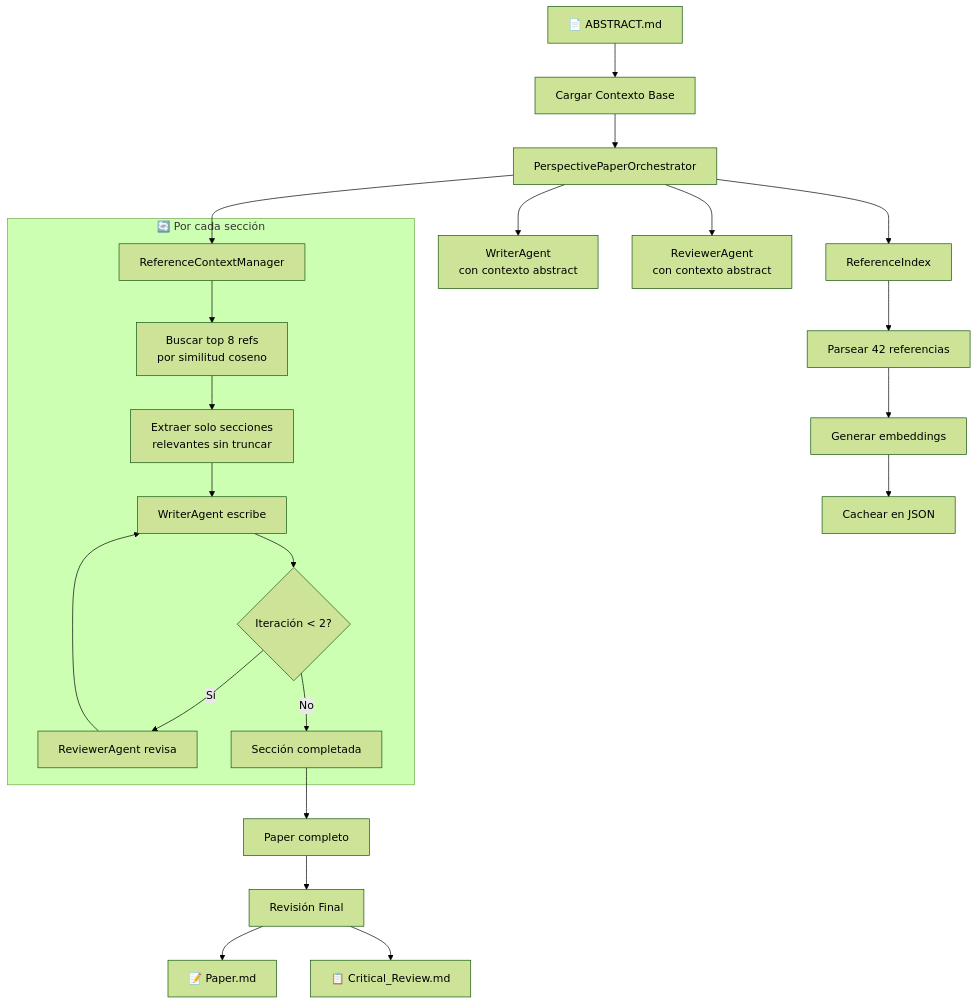
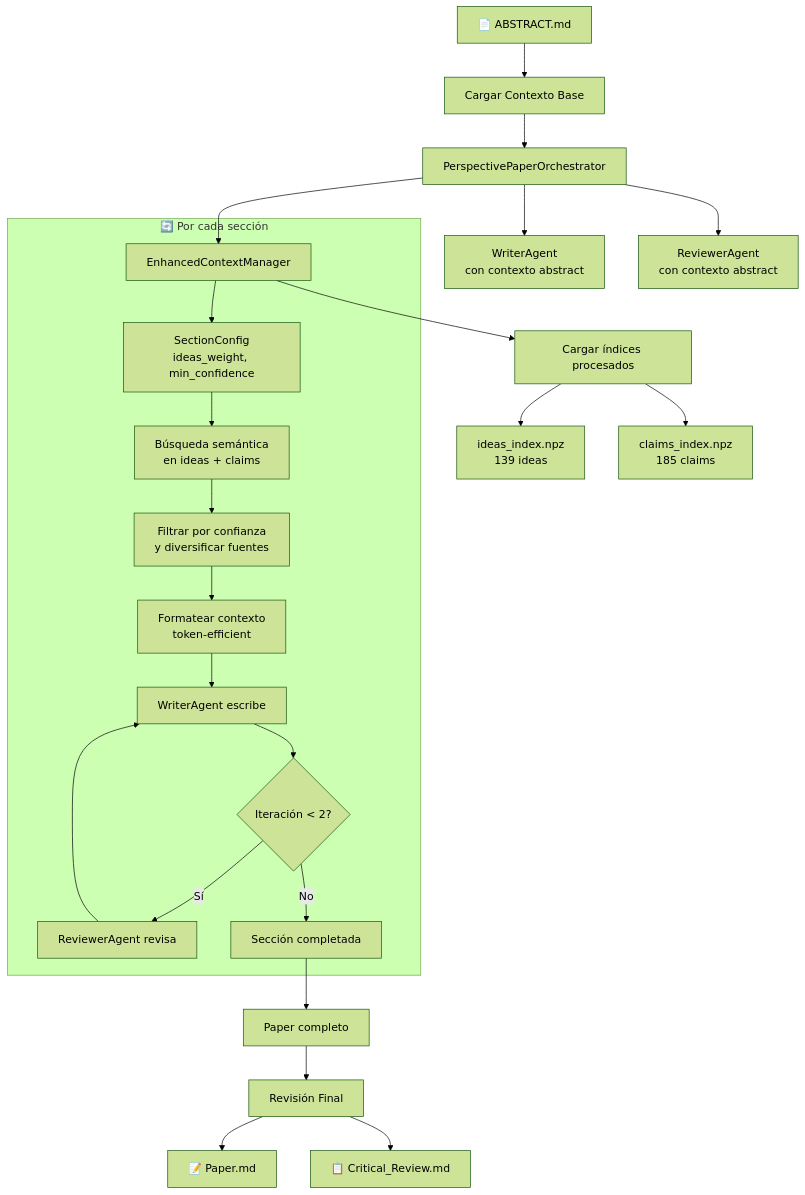
Before and after one commit to mikelval82/TheAiWriter: the first of 6 diagrams in docs/architecture.md, drawn with Mermaid (forest theme). The commit also changed other lines of this file and 5 other files, not shown here.

First line of the commit message:
feat: Add EnhancedContextManager with ideas/claims indices

````diff
--- a/docs/architecture.md
+++ b/docs/architecture.md
@@ -11,29 +17,30 @@
 ```mermaid
 flowchart TD
     A[📄 ABSTRACT.md] --> B[Cargar Contexto Base]
     B --> C[PerspectivePaperOrchestrator]
     
-    C --> D[ReferenceIndex]
-    D --> E[Parsear 42 referencias]
-    E --> F[Generar embeddings]
-    F --> G[Cachear en JSON]
+    C --> D[EnhancedContextManager]
+    D --> E[Cargar índices procesados]
+    E --> F1[ideas_index.npz<br/>139 ideas]
+    E --> F2[claims_index.npz<br/>185 claims]
     
     C --> H[WriterAgent<br/>con contexto abstract]
     C --> I[ReviewerAgent<br/>con contexto abstract]
-    C --> J[ReferenceContextManager]
     
     subgraph loop["🔄 Por cada sección"]
-        J --> K[Buscar top 8 refs<br/>por similitud coseno]
-        K --> L[Extraer solo secciones<br/>relevantes sin truncar]
-        L --> M[WriterAgent escribe]
-        M --> N{Iteración < 2?}
-        N -->|Sí| O[ReviewerAgent revisa]
-        O --> M
-        N -->|No| P[Sección completada]
+        D --> J[SectionConfig<br/>ideas_weight, min_confidence]
+        J --> K[Búsqueda semántica<br/>en ideas + claims]
+        K --> L[Filtrar por confianza<br/>y diversificar fuentes]
+        L --> M[Formatear contexto<br/>token-efficient]
+        M --> N[WriterAgent escribe]
+        N --> O{Iteración < 2?}
+        O -->|Sí| P[ReviewerAgent revisa]
+        P --> N
+        O -->|No| Q[Sección completada]
     end
     
-    P --> Q[Paper completo]
-    Q --> R[Revisión Final]
-    R --> S[📝 Paper.md]
-    R --> T[📋 Critical_Review.md]
+    Q --> R[Paper completo]
+    R --> S[Revisión Final]
+    S --> T[📝 Paper.md]
+    S --> U[📋 Critical_Review.md]
 ```
````
